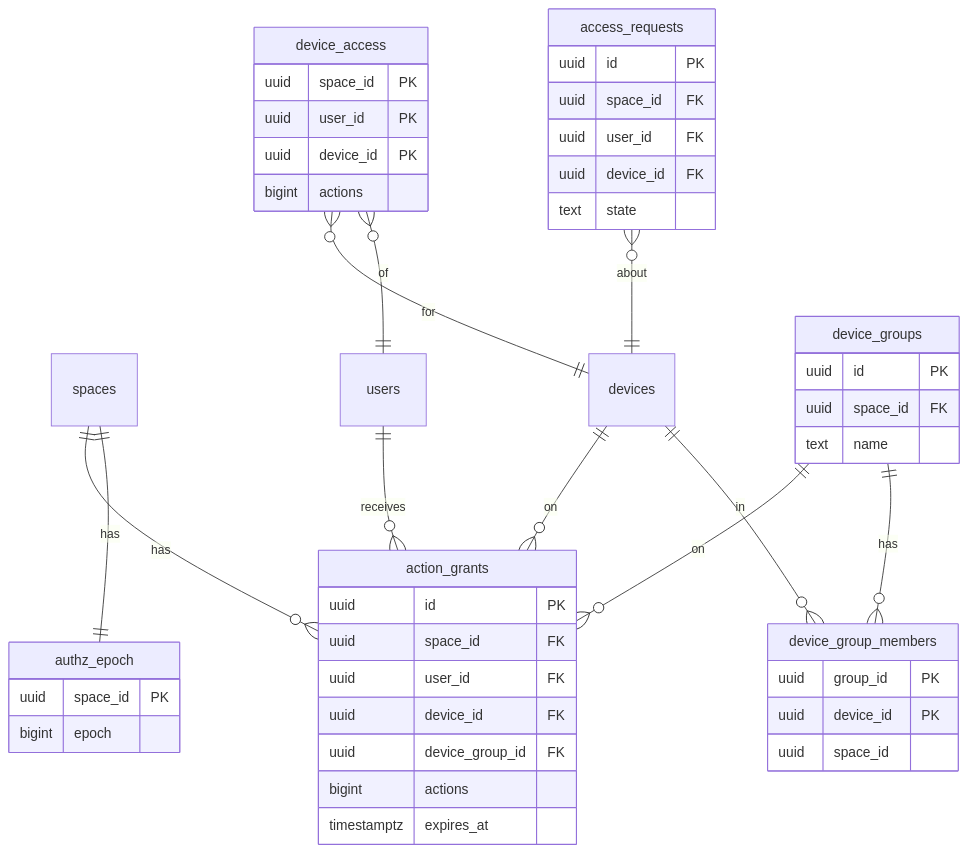
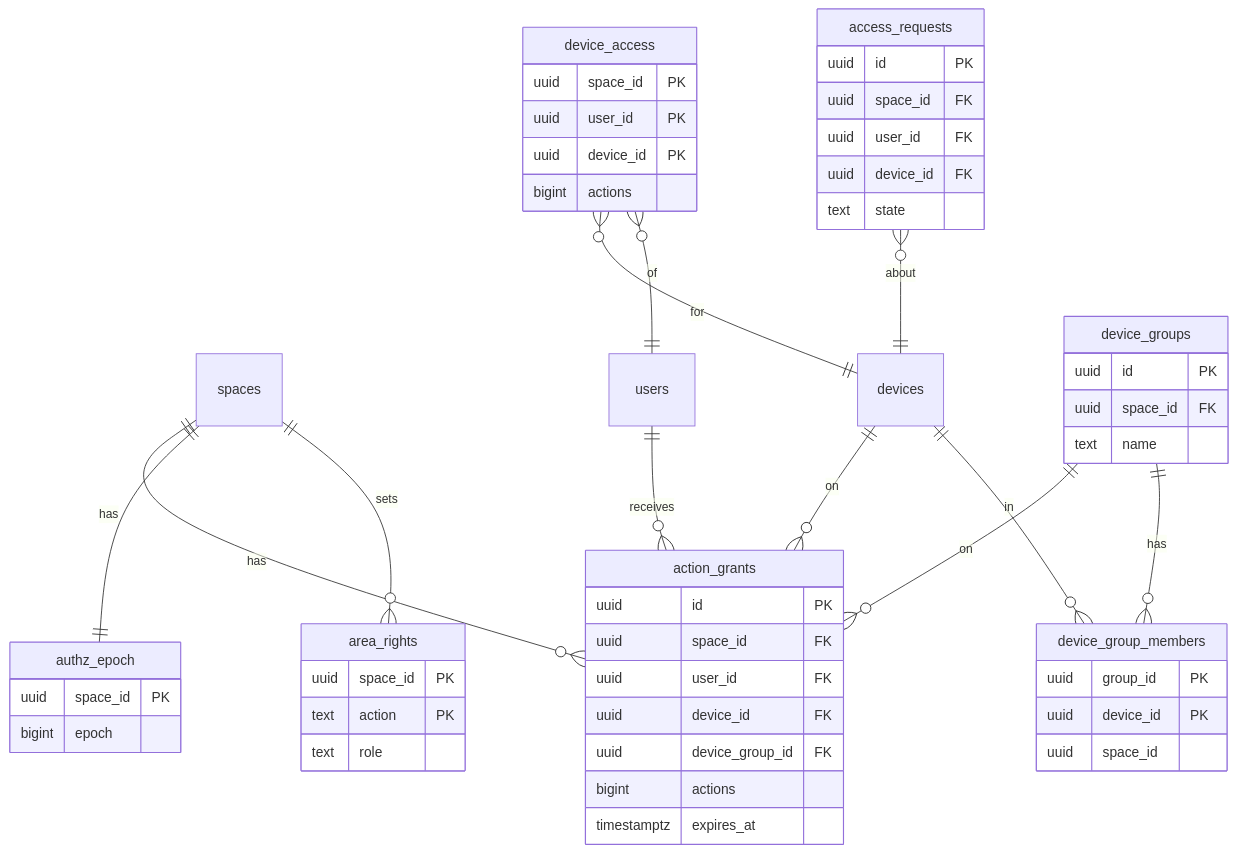
The second of 6 diagrams in docs/design/database.md (CuriousTimo/Maker-Connect), drawn with Mermaid before and after one commit. The commit also changed other lines of this file and 5 other files, not shown here.

First line of the commit message:
docs/design: host role and area rights per space (DESIGN-DOC:0069-0071)

````diff
--- a/docs/design/database.md
+++ b/docs/design/database.md
@@ -250,49 +252,55 @@
 ```mermaid
 erDiagram
   spaces ||--o{ action_grants : has
   users ||--o{ action_grants : receives
   devices ||--o{ action_grants : on
   device_groups ||--o{ action_grants : on
   device_groups ||--o{ device_group_members : has
   devices ||--o{ device_group_members : in
   device_access }o--|| devices : for
   device_access }o--|| users : of
   spaces ||--|| authz_epoch : has
+  spaces ||--o{ area_rights : sets
   access_requests }o--|| devices : about
   action_grants {
     uuid id PK
     uuid space_id FK
     uuid user_id FK
     uuid device_id FK
     uuid device_group_id FK
     bigint actions
     timestamptz expires_at
   }
   device_groups {
     uuid id PK
     uuid space_id FK
     text name
   }
   device_group_members {
     uuid group_id PK
     uuid device_id PK
     uuid space_id
   }
   device_access {
     uuid space_id PK
     uuid user_id PK
     uuid device_id PK
     bigint actions
   }
   authz_epoch {
     uuid space_id PK
     bigint epoch
   }
   access_requests {
     uuid id PK
     uuid space_id FK
     uuid user_id FK
     uuid device_id FK
     text state
   }
+  area_rights {
+    uuid space_id PK
+    text action PK
+    text role
+  }
 ```
````
